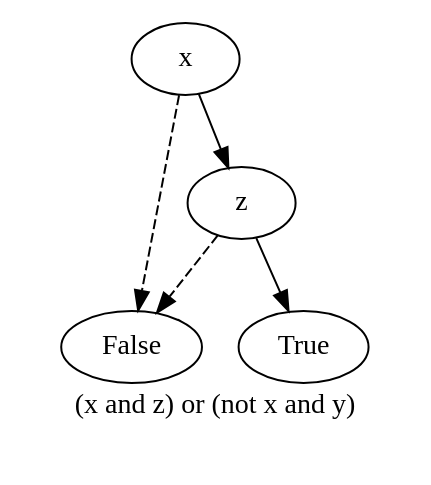
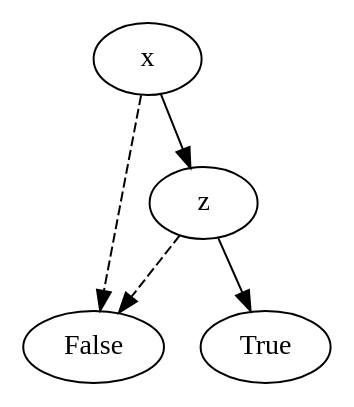
The diagram in out/test1/_step_1_uo_.dot (O1ez/IncreasingResilienceOfAutomatedVehicles), drawn with Graphviz before and after one commit. The commit also changed 64 other files, not shown here.

```diff
--- a/out/test1/_step_1_uo_.dot
+++ b/out/test1/_step_1_uo_.dot
@@ -1,11 +1,9 @@
-digraph{
-label="(x and z) or (not x and y)\n\n"
-2179575573040[label=x]2179575572720[label="False"]
-2179575573040 -> 2179575572720[style=dashed label="" fontcolor = gray]
-2179575571440[label="z"]
-2179575573040 -> 2179575571440 [label="" fontcolor = gray]
-2179575572720[label="False"]
-2179575571440 -> 2179575572720[style=dashed label="" fontcolor = gray]
-2179575563440[label="True"]
-2179575571440 -> 2179575563440 [label="" fontcolor = gray]
+digraph{2202464576912[label=x]2202464168464[label="False"]
+2202464576912 -> 2202464168464[style=dashed label="" fontcolor = gray]
+2202464943056[label="z"]
+2202464576912 -> 2202464943056 [label="" fontcolor = gray]
+2202464168464[label="False"]
+2202464943056 -> 2202464168464[style=dashed label="" fontcolor = gray]
+2202464574480[label="True"]
+2202464943056 -> 2202464574480 [label="" fontcolor = gray]
 }
```
